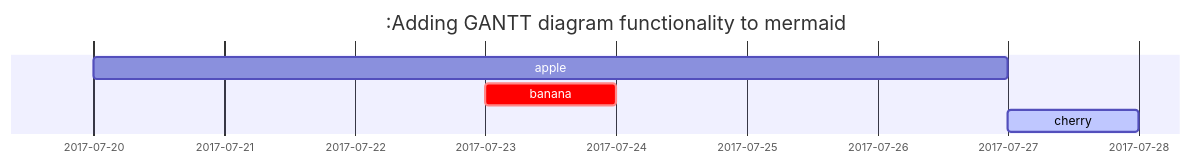
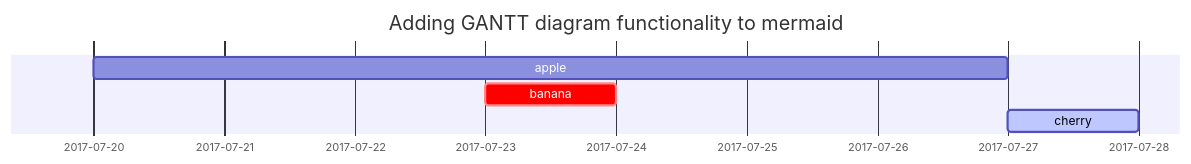
The diagram in _posts/Programming Hub/Tips & Tricks/2025-01-02-use-markdown.md (khoapham1002/mindpalace), drawn with Mermaid before and after one commit. The commit also changed other lines of this file and 2 other files, not shown here.

````diff
--- a/_posts/Programming Hub/Tips & Tricks/2025-01-02-use-markdown.md
+++ b/_posts/Programming Hub/Tips & Tricks/2025-01-02-use-markdown.md
@@ -363,7 +363,7 @@
 ```mermaid
  gantt
-  title :Adding GANTT diagram functionality to mermaid
+  title Adding GANTT diagram functionality to mermaid
   apple :a, 2017-07-20, 1w
   banana :crit, b, 2017-07-23, 1d
   cherry :active, c, after b a, 1d
 ```
````
